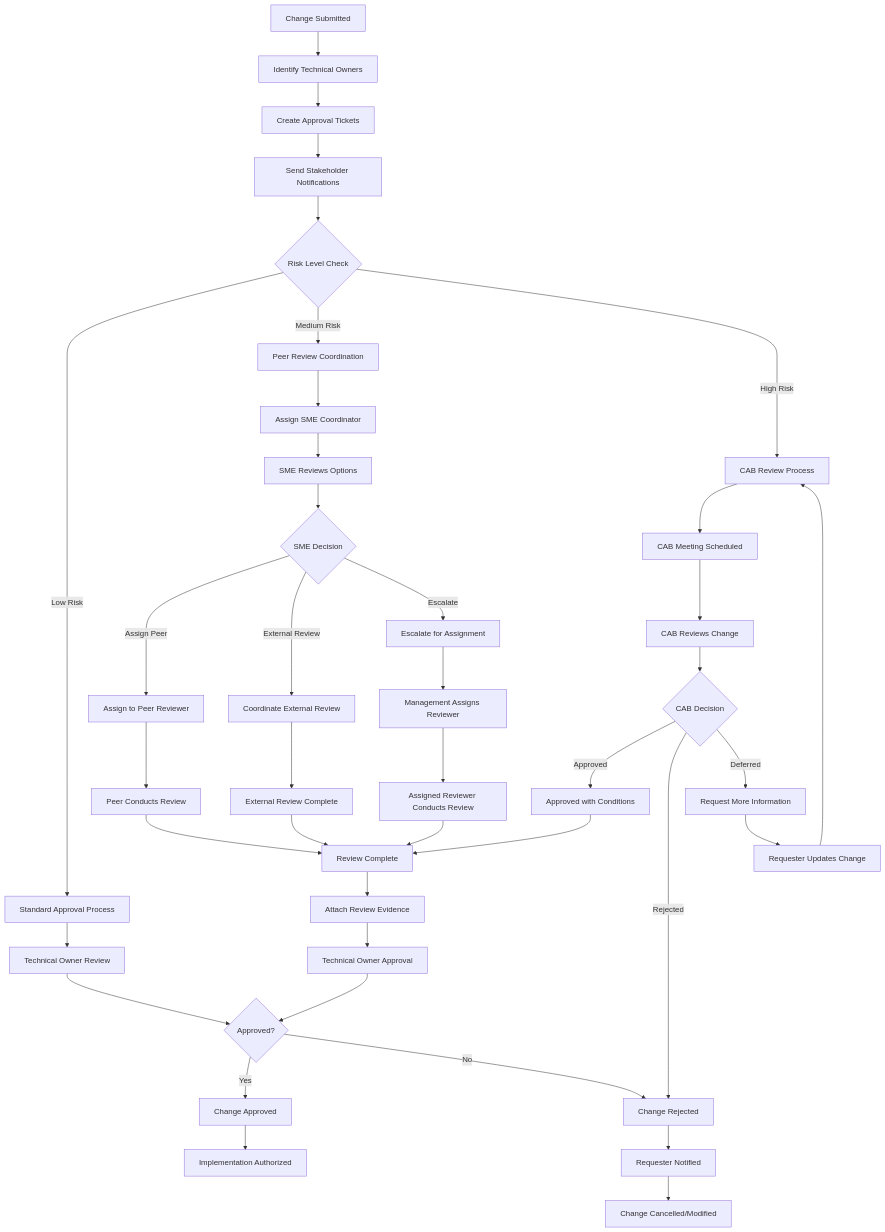
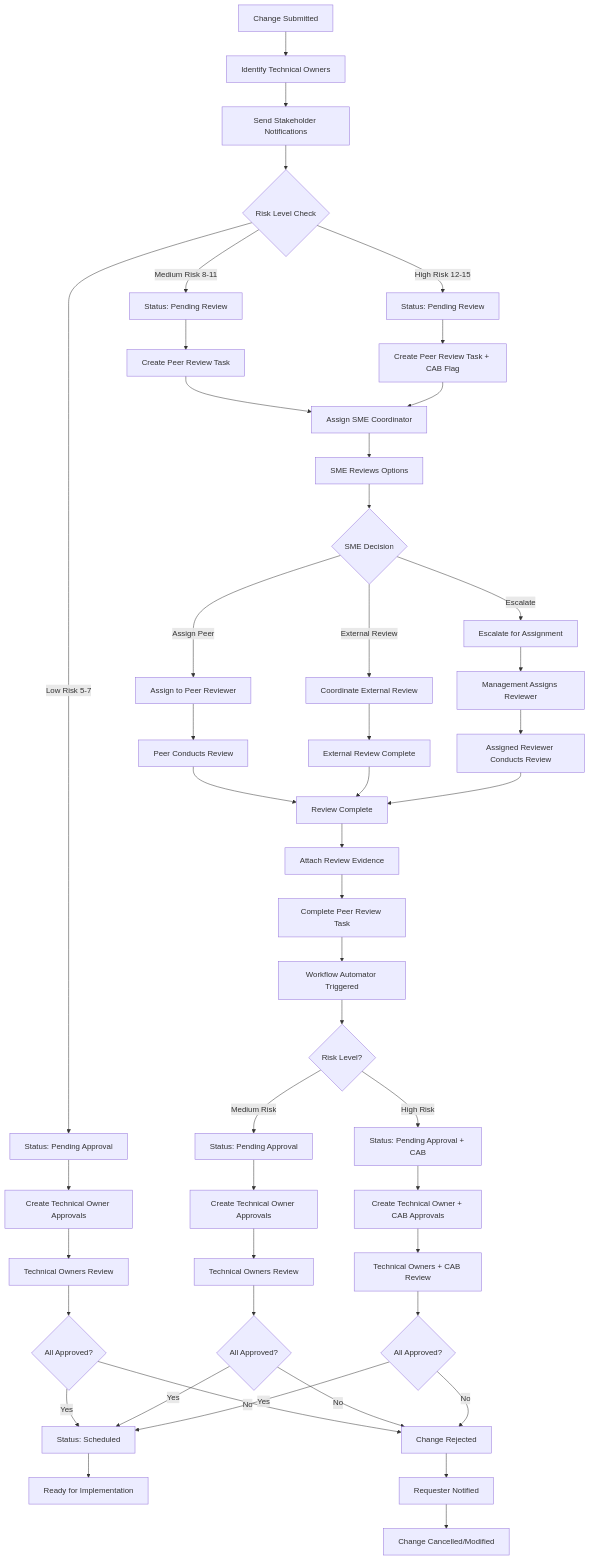
The fourth of 5 diagrams in USER_GUIDE.md (daveposh/change_submission), drawn with Mermaid before and after one commit. The commit also changed other lines of this file and 4 other files, not shown here.

First line of the commit message:
Implement risk-based approval workflow in change management documentation

````diff
--- a/USER_GUIDE.md
+++ b/USER_GUIDE.md
@@ -636,50 +674,61 @@
 ```mermaid
 graph TD
     A[Change Submitted] --> B[Identify Technical Owners]
-    B --> C[Create Approval Tickets]
-    C --> D[Send Stakeholder Notifications]
-    D --> E{Risk Level Check}
+    B --> C[Send Stakeholder Notifications]
+    C --> D{Risk Level Check}
     
-    E -->|Low Risk| F[Standard Approval Process]
-    E -->|Medium Risk| G[Peer Review Coordination]
-    E -->|High Risk| H[CAB Review Process]
+    D -->|Low Risk 5-7| E[Status: Pending Approval]
+    D -->|Medium Risk 8-11| F[Status: Pending Review]
+    D -->|High Risk 12-15| G[Status: Pending Review]
     
-    F --> I[Technical Owner Review]
-    I --> J{Approved?}
-    J -->|Yes| K[Change Approved]
+    E --> H[Create Technical Owner Approvals]
+    H --> I[Technical Owners Review]
+    I --> J{All Approved?}
+    J -->|Yes| K[Status: Scheduled]
     J -->|No| L[Change Rejected]
     
-    G --> M[Assign SME Coordinator]
-    M --> N[SME Reviews Options]
-    N --> O{SME Decision}
-    O -->|Assign Peer| Q[Assign to Peer Reviewer]
-    O -->|External Review| R[Coordinate External Review]
-    O -->|Escalate| S[Escalate for Assignment]
+    F --> M[Create Peer Review Task]
+    G --> N[Create Peer Review Task + CAB Flag]
     
-    Q --> T[Peer Conducts Review]
-    R --> U[External Review Complete]
-    S --> V[Management Assigns Reviewer]
+    M --> O[Assign SME Coordinator]
+    N --> O
+    O --> P[SME Reviews Options]
+    P --> Q{SME Decision}
+    Q -->|Assign Peer| R[Assign to Peer Reviewer]
+    Q -->|External Review| S[Coordinate External Review]
+    Q -->|Escalate| T[Escalate for Assignment]
     
-    T --> W[Review Complete]
-    U --> W
-    V --> X[Assigned Reviewer Conducts Review]
-    X --> W
-    W --> Y[Attach Review Evidence]
-    Y --> Z[Technical Owner Approval]
-    Z --> J
+    R --> U[Peer Conducts Review]
+    S --> V[External Review Complete]
+    T --> W[Management Assigns Reviewer]
+    W --> X[Assigned Reviewer Conducts Review]
     
-    H --> AA1[CAB Meeting Scheduled]
-    AA1 --> BB1[CAB Reviews Change]
-    BB1 --> CC1{CAB Decision}
-    CC1 -->|Approved| AA[Approved with Conditions]
-    CC1 -->|Rejected| L
-    CC1 -->|Deferred| BB[Request More Information]
+    U --> Y[Review Complete]
+    V --> Y
+    X --> Y
+    Y --> Z[Attach Review Evidence]
+    Z --> AA[Complete Peer Review Task]
     
-    AA --> W
-    BB --> CC[Requester Updates Change]
-    CC --> H
+    AA --> BB[Workflow Automator Triggered]
+    BB --> CC{Risk Level?}
+    CC -->|Medium Risk| DD[Status: Pending Approval]
+    CC -->|High Risk| EE[Status: Pending Approval + CAB]
     
-    K --> DD[Implementation Authorized]
-    L --> EE[Requester Notified]
-    EE --> FF[Change Cancelled/Modified]
+    DD --> FF[Create Technical Owner Approvals]
+    EE --> GG[Create Technical Owner + CAB Approvals]
+    
+    FF --> HH[Technical Owners Review]
+    GG --> II[Technical Owners + CAB Review]
+    
+    HH --> JJ{All Approved?}
+    II --> KK{All Approved?}
+    
+    JJ -->|Yes| K
+    JJ -->|No| L
+    KK -->|Yes| K
+    KK -->|No| L
+    
+    K --> LL[Ready for Implementation]
+    L --> MM[Requester Notified]
+    MM --> NN[Change Cancelled/Modified]
 ```
````
